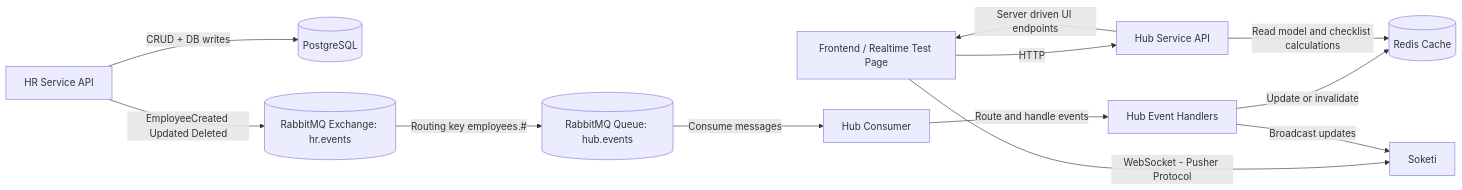
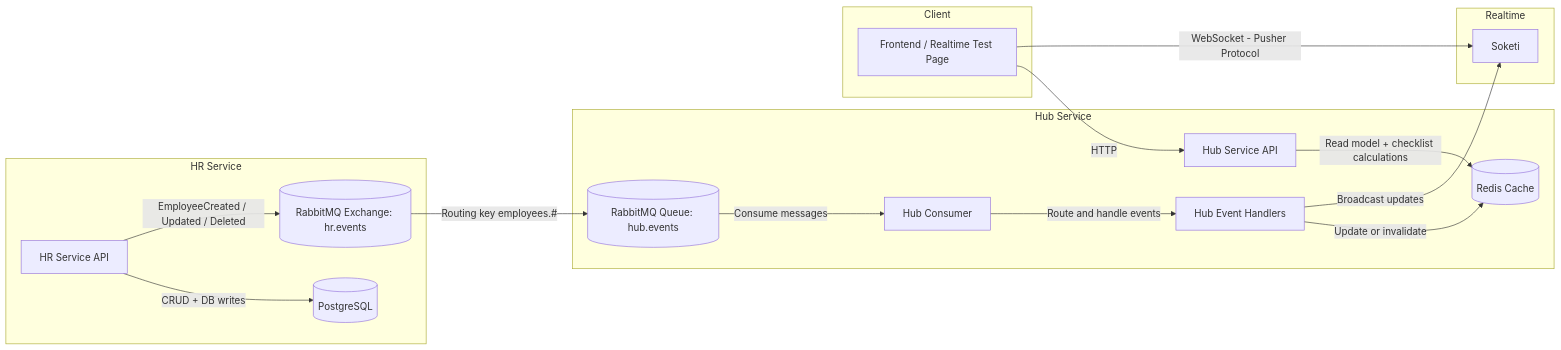
The diagram in README.md (DonTee-Why/innoscripta-test), drawn with Mermaid before and after one commit.

Commit message:
docs(README): Revise architecture diagram for clarity and organization
- Enhanced the README by restructuring the architecture diagram to improve clarity and organization.
- Grouped components into subgraphs for better visual representation of the HR Service, Hub Service, and Realtime sections.
- Updated connection descriptions for consistency and clarity, ensuring a more coherent understanding of the system's architecture.

````diff
--- a/README.md
+++ b/README.md
@@ -192,19 +192,40 @@
 ```mermaid
 flowchart LR
-  Client[Frontend / Realtime Test Page] -->|HTTP| HubAPI[Hub Service API]
-  Client -->|WebSocket - Pusher Protocol| Soketi[Soketi]
 
-  HRAPI[HR Service API] -->|CRUD + DB writes| Postgres[(PostgreSQL)]
-  HRAPI -->|EmployeeCreated Updated Deleted| RabbitExchange[(RabbitMQ Exchange: hr.events)]
+  subgraph HR["HR Service"]
+    HRAPI[HR Service API]
+    Postgres[(PostgreSQL)]
+    RabbitExchange[(RabbitMQ Exchange: hr.events)]
+  end
 
-  RabbitExchange -->|Routing key employees.#| HubQueue[(RabbitMQ Queue: hub.events)]
+  subgraph HUB["Hub Service"]
+    HubAPI[Hub Service API]
+    HubQueue[(RabbitMQ Queue: hub.events)]
+    HubConsumer[Hub Consumer]
+    HubCore[Hub Event Handlers]
+    Redis[(Redis Cache)]
+  end
 
-  HubQueue -->|Consume messages| HubConsumer[Hub Consumer]
-  HubConsumer -->|Route and handle events| HubCore[Hub Event Handlers]
+  subgraph RT["Realtime"]
+    Soketi[Soketi]
+  end
 
-  HubCore -->|Update or invalidate| Redis[(Redis Cache)]
+  subgraph UI["Client"]
+    Client[Frontend / Realtime Test Page]
+  end
+
+  Client -->|HTTP| HubAPI
+  Client -->|WebSocket - Pusher Protocol| Soketi
+
+  HRAPI -->|CRUD + DB writes| Postgres
+  HRAPI -->|EmployeeCreated / Updated / Deleted| RabbitExchange
+
+  RabbitExchange -->|Routing key employees.#| HubQueue
+  HubQueue -->|Consume messages| HubConsumer
+  HubConsumer -->|Route and handle events| HubCore
+
+  HubCore -->|Update or invalidate| Redis
   HubCore -->|Broadcast updates| Soketi
 
-  HubAPI -->|Read model and checklist calculations| Redis
-  HubAPI -->|Server driven UI endpoints| Client
+  HubAPI -->|Read model + checklist calculations| Redis
 ```
````
